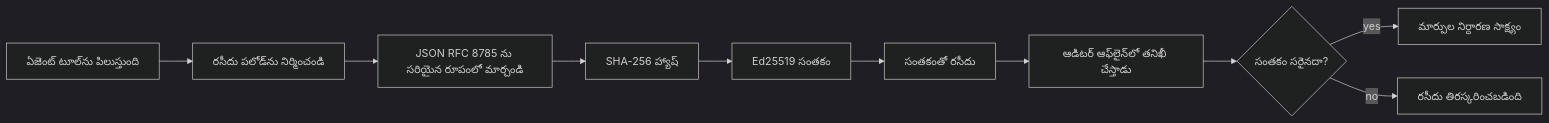
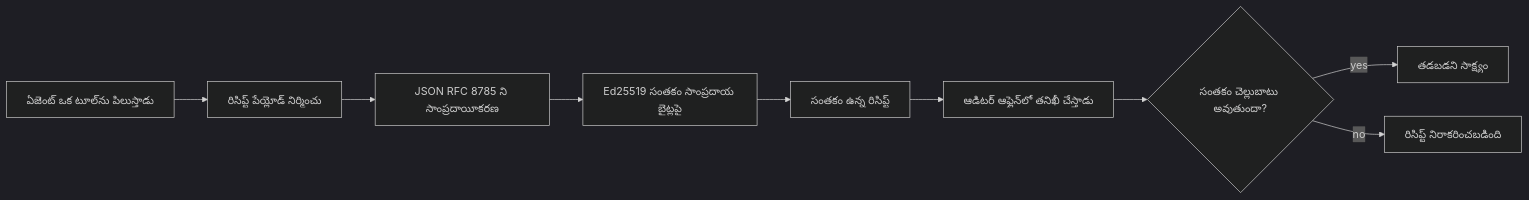
One commit to gabrielmoreira/agent-skills-mirror changed the first of 2 diagrams in mirrors/repos/microsoft@ai-agents-for-beginners/translations/te/18-securing-ai-agents/README.md. Above: the diagram before and after it, drawn with Mermaid (dark theme). The commit also changed other lines of this file and 4262 other files, not shown here.

````diff
--- a/mirrors/repos/microsoft@ai-agents-for-beginners/translations/te/18-securing-ai-agents/README.md
+++ b/mirrors/repos/microsoft@ai-agents-for-beginners/translations/te/18-securing-ai-agents/README.md
@@ -51,12 +51,11 @@
 ```mermaid
 flowchart LR
-    A[ఏజెంట్ టూల్‌ను పిలుస్తుంది] --> B[రసీదు పలోడ్‌ను నిర్మించండి]
-    B --> C[JSON RFC 8785 ను సరియైన రూపంలో మార్చండి]
-    C --> D[SHA-256 హ్యాష్]
-    D --> E[Ed25519 సంతకం]
-    E --> F[సంతకంతో రసీదు]
-    F --> G[ఆడిటర్ ఆఫ్‌లైన్‌లో తనిఖీ చేస్తాడు]
-    G --> H{సంతకం సరైనదా?}
-    H -- yes --> I[మార్పుల నిర్ధారణ సాక్ష్యం]
-    H -- no --> J[రసీదు తిరస్కరించబడింది]
+    A[ఏజెంట్ ఒక టూల్‌ను పిలుస్తాడు] --> B[రిసిప్ట్ పేయ్లోడ్ నిర్మించు]
+    B --> C[JSON RFC 8785 ని సాంప్రదాయీకరణ]
+    C --> E[Ed25519 సంతకం సాంప్రదాయ బైట్లపై]
+    E --> F[సంతకం ఉన్న రిసిప్ట్]
+    F --> G[ఆడిటర్ ఆఫ్లైన్‌లో తనిఖీ చేస్తాడు]
+    G --> H{సంతకం చెల్లుబాటు అవుతుందా?}
+    H -- yes --> I[తడబడని సాక్ష్యం]
+    H -- no --> J[రిసిప్ట్ నిరాకరించబడింది]
 ```
````
